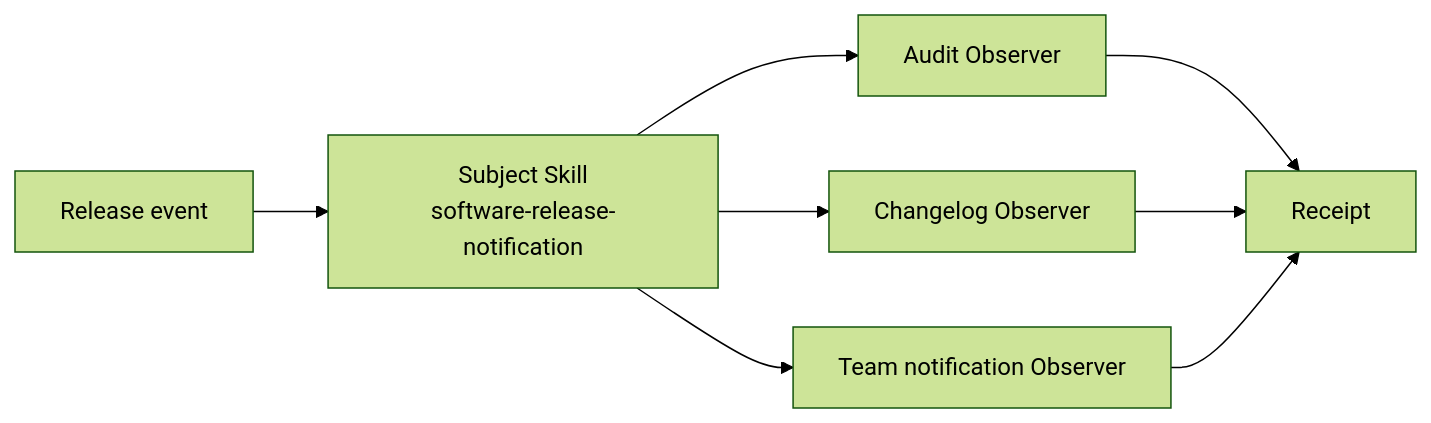
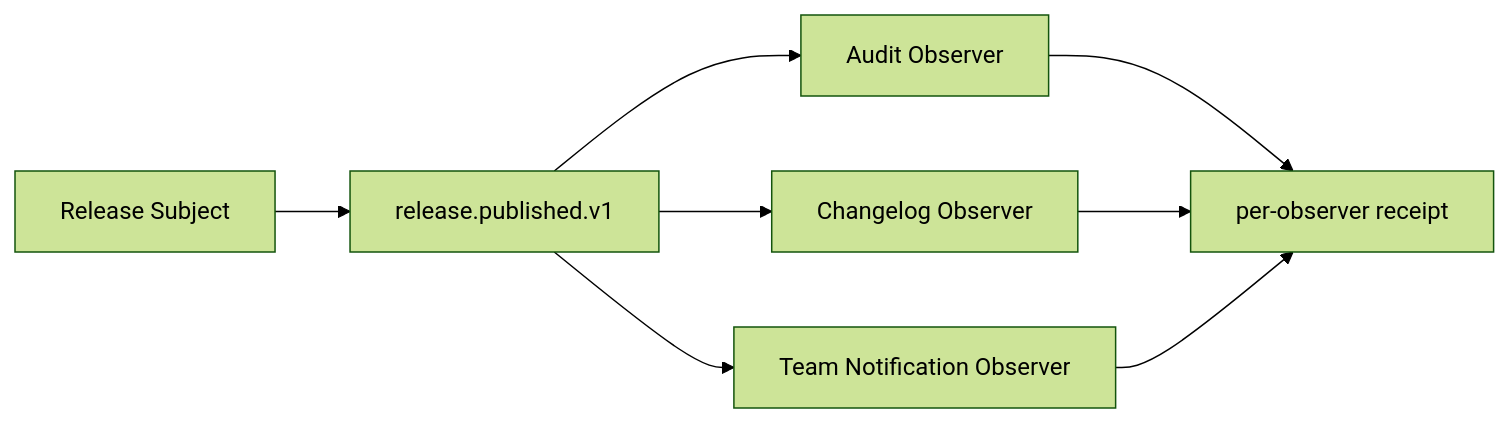
Before and after one commit to MetaInFLow/skillware-patterns: the diagram in patterns/observer/README.md, drawn with Mermaid (forest theme). The commit also changed other lines of this file and 12 other files, not shown here.

````diff
--- a/patterns/observer/README.md
+++ b/patterns/observer/README.md
@@ -32,10 +20,10 @@
 ```mermaid
 flowchart LR
-    E[Release event] --> S[Subject Skill\nsoftware-release-notification]
-    S --> A[Audit Observer]
-    S --> C[Changelog Observer]
-    S --> T[Team notification Observer]
-    A --> R[Receipt]
+    P[Release Subject] --> E[release.published.v1]
+    E --> A[Audit Observer]
+    E --> C[Changelog Observer]
+    E --> T[Team Notification Observer]
+    A --> R[per-observer receipt]
     C --> R
     T --> R
 ```
````
